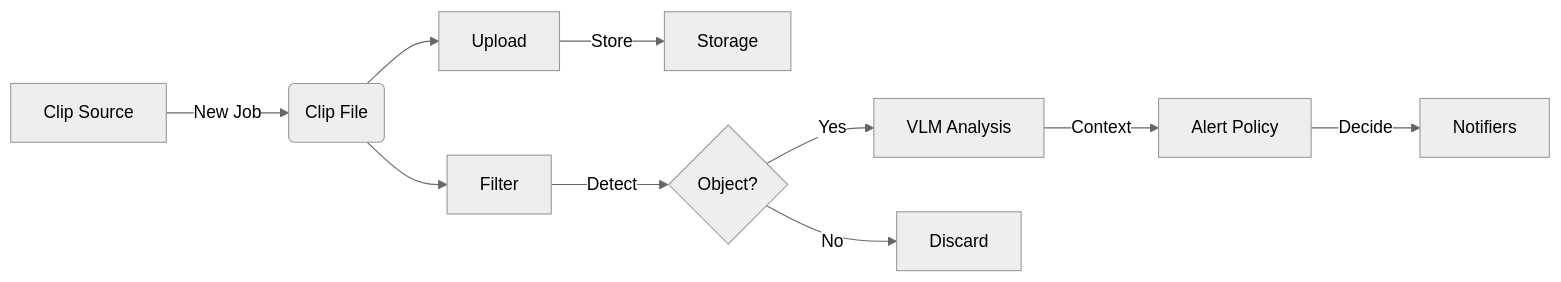
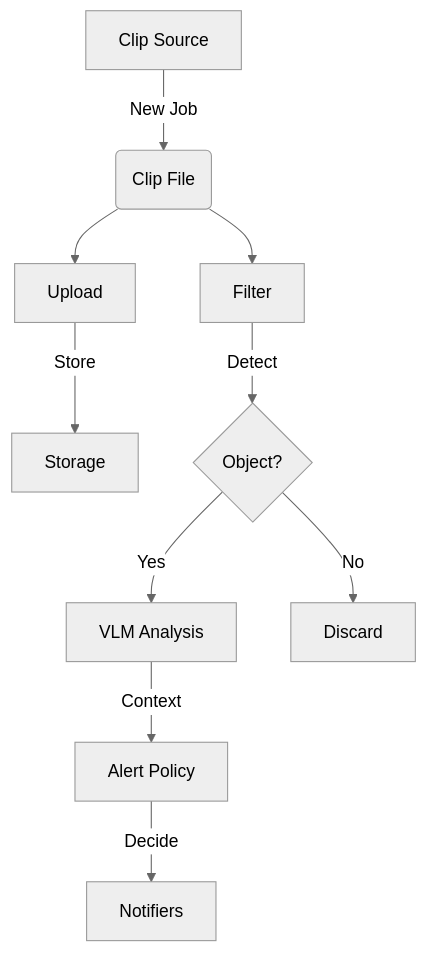
One commit to lan17/homesec changed the diagram in README.md. Above: the diagram before and after it, drawn with Mermaid (neutral theme).

Commit message:
docs: revert mermaid diagram to vertical (graph TD)

````diff
--- a/README.md
+++ b/README.md
@@ -21,12 +21,12 @@
 ```mermaid
-graph LR
+graph TD
     S[Clip Source] -->|New Job| C(Clip File)
     C --> U[Upload]
     C --> F[Filter]
     U -->|Store| DB[Storage]
     F -->|Detect| AI{Object?}
     AI -->|Yes| V[VLM Analysis]
     AI -->|No| D[Discard]
     V -->|Context| P[Alert Policy]
     P -->|Decide| N[Notifiers]
 ```
````
